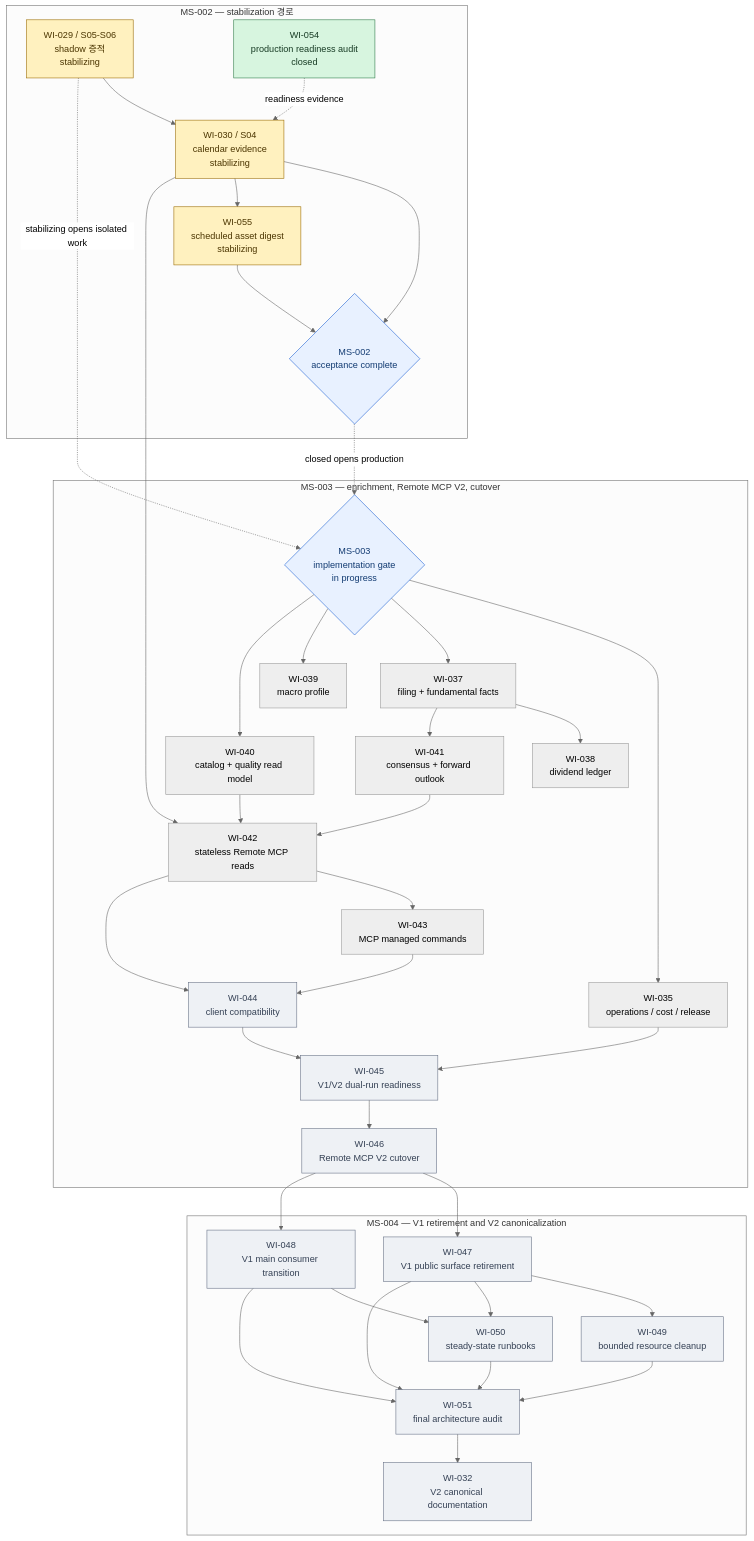
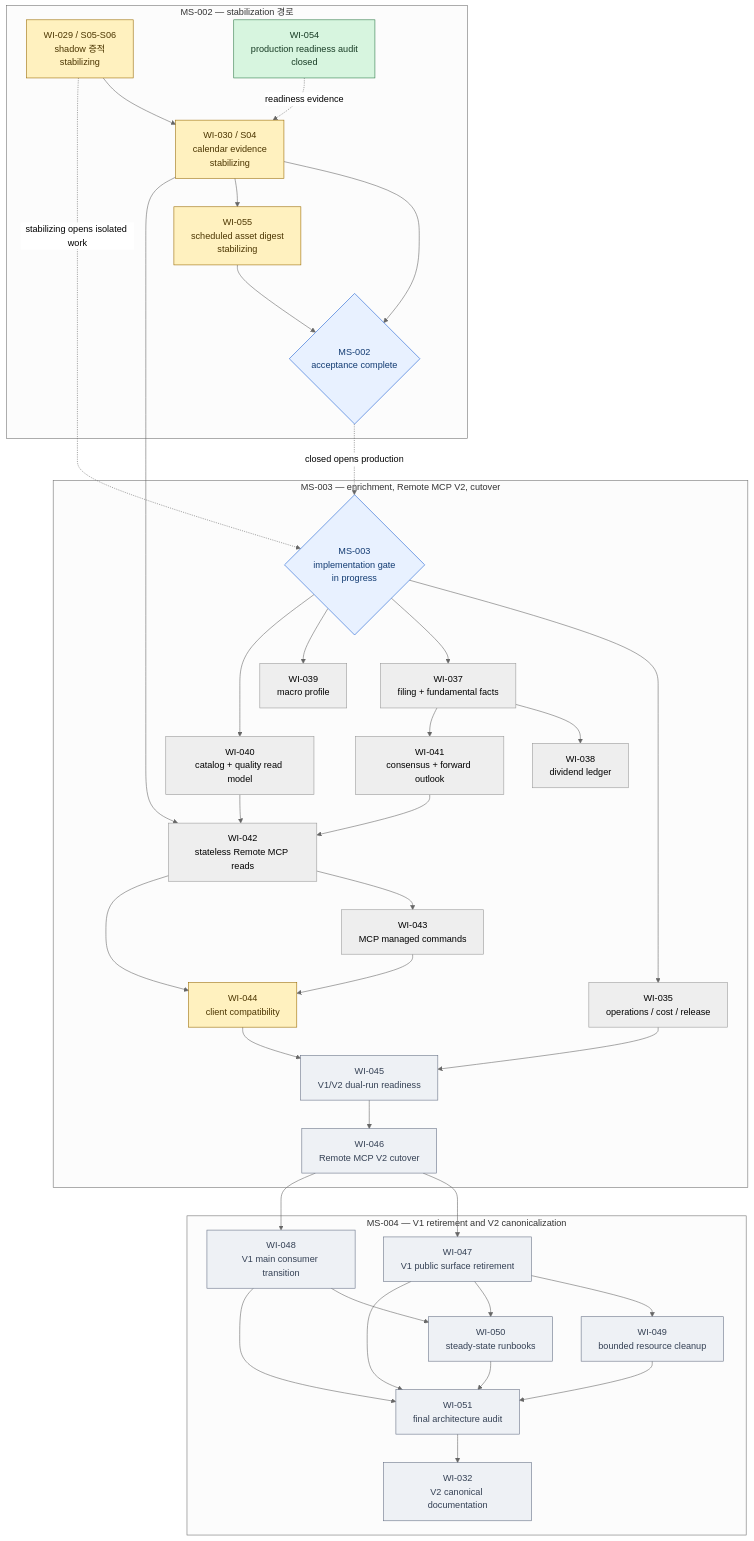
One commit to meringue5/KIS_Portfolio_MCP changed the third of 3 diagrams in docs/milestones/README.md. Above: the diagram before and after it, drawn with Mermaid (neutral theme). The commit also changed other lines of this file and 3 other files, not shown here.

````diff
--- a/docs/milestones/README.md
+++ b/docs/milestones/README.md
@@ -144,80 +144,81 @@
 ```mermaid
 flowchart TB
     subgraph M2["MS-002 — stabilization 경로"]
         W29["WI-029 / S05-S06<br/>shadow 증적<br/>stabilizing"]
         W30["WI-030 / S04<br/>calendar evidence<br/>stabilizing"]
         W54["WI-054<br/>production readiness audit<br/>closed"]
         W55["WI-055<br/>scheduled asset digest<br/>stabilizing"]
         M2DONE{"MS-002<br/>acceptance complete"}
         W29 --> W30 --> M2DONE
         W30 --> W55 --> M2DONE
         W54 -. readiness evidence .-> W30
     end
 
     subgraph M3["MS-003 — enrichment, Remote MCP V2, cutover"]
         M3OPEN{"MS-003<br/>implementation gate<br/>in progress"}
         W35["WI-035<br/>operations / cost / release"]
         W37["WI-037<br/>filing + fundamental facts"]
         W38["WI-038<br/>dividend ledger"]
         W39["WI-039<br/>macro profile"]
         W40["WI-040<br/>catalog + quality read model"]
         W41["WI-041<br/>consensus + forward outlook"]
         W42["WI-042<br/>stateless Remote MCP reads"]
         W43["WI-043<br/>MCP managed commands"]
         W44["WI-044<br/>client compatibility"]
         W45["WI-045<br/>V1/V2 dual-run readiness"]
         W46["WI-046<br/>Remote MCP V2 cutover"]
 
         M3OPEN --> W35
         M3OPEN --> W37
         M3OPEN --> W39
         M3OPEN --> W40
         W37 --> W38
         W37 --> W41
         W30 --> W42
         W40 --> W42
         W41 --> W42
         W42 --> W43
         W42 --> W44
         W43 --> W44
         W35 --> W45
         W44 --> W45 --> W46
     end
 
     subgraph M4["MS-004 — V1 retirement and V2 canonicalization"]
         W47["WI-047<br/>V1 public surface retirement"]
         W48["WI-048<br/>V1 main consumer transition"]
         W49["WI-049<br/>bounded resource cleanup"]
         W50["WI-050<br/>steady-state runbooks"]
         W51["WI-051<br/>final architecture audit"]
         W32["WI-032<br/>V2 canonical documentation"]
 
         W46 --> W47
         W46 --> W48
         W47 --> W49
         W47 --> W50
         W48 --> W50
         W47 --> W51
         W48 --> W51
         W49 --> W51
         W50 --> W51
         W51 --> W32
     end
 
     W29 -. stabilizing opens isolated work .-> M3OPEN
     M2DONE -. closed opens production .-> M3OPEN
 
     classDef active fill:#fff1bf,stroke:#9a6b00,color:#4b3500;
     classDef closed fill:#d7f5df,stroke:#2d7a46,color:#173b24;
     classDef ready fill:#e8f1ff,stroke:#175cd3,color:#123b72;
     classDef blocked fill:#fde2e2,stroke:#b42318,color:#5b1712;
     classDef proposed fill:#eef1f5,stroke:#667085,color:#344054;
     classDef gate fill:#e8f1ff,stroke:#175cd3,color:#123b72;
     class W29,W30 active;
     class W54 closed;
     class W55 active;
     class W35,W40 verified;
+    class W44 active;
     class W37,W38,W39,W41,W42,W43 verified;
-    class W44,W45,W46,W47,W48,W49,W50,W51,W32 proposed;
+    class W45,W46,W47,W48,W49,W50,W51,W32 proposed;
     class M2DONE,M3OPEN gate;
 ```
````
